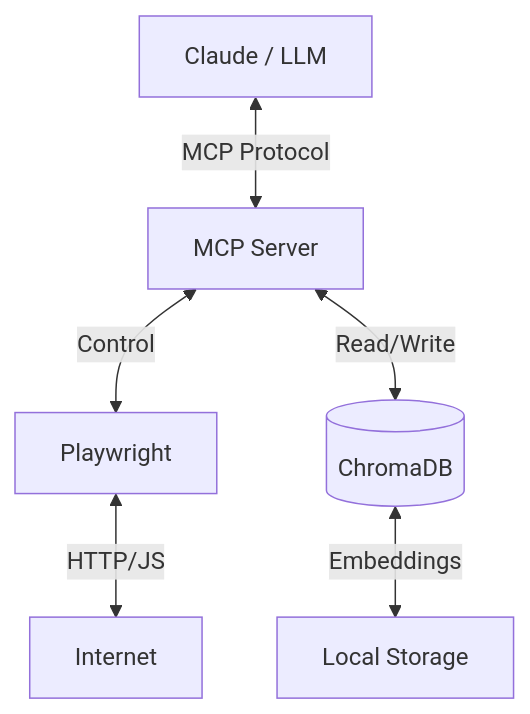
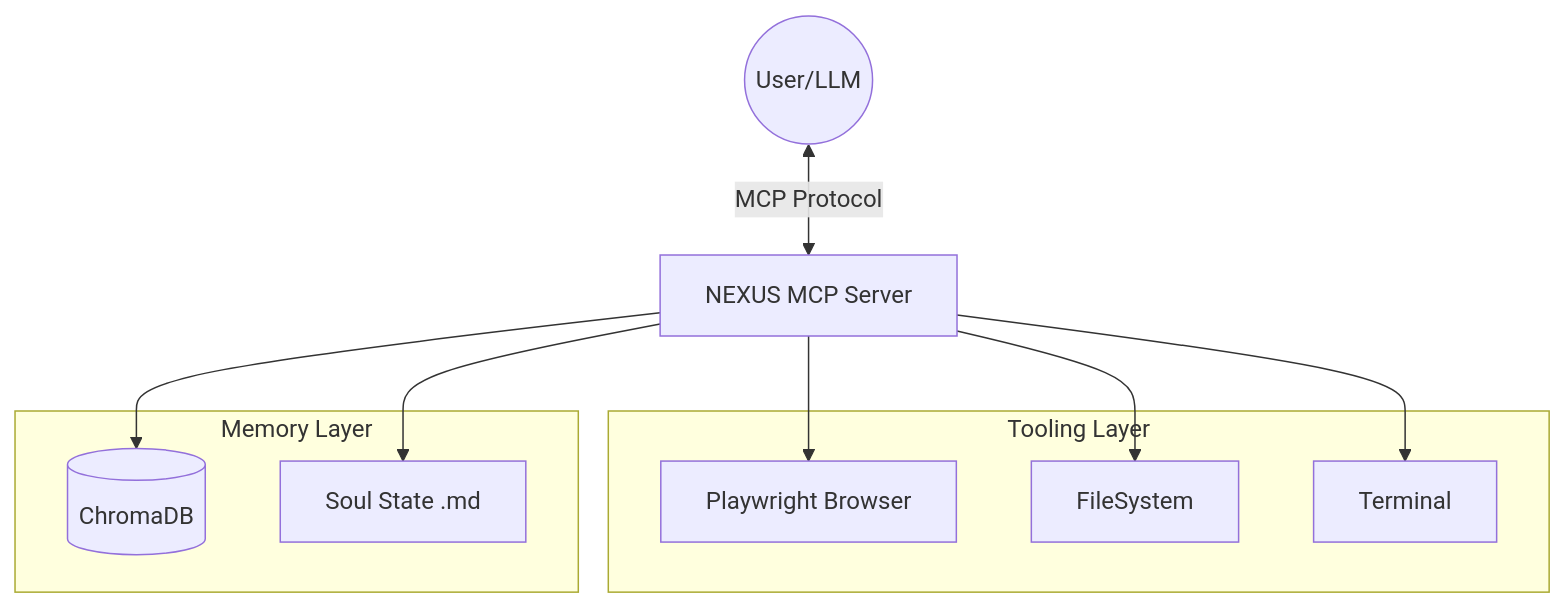
The diagram in README.md (Zeluix/MEGANX-NEXUS-CORE), drawn with Mermaid before and after one commit. The commit also changed other lines of this file and 10 other files, not shown here.

````diff
--- a/README.md
+++ b/README.md
@@ -34,8 +55,18 @@
 ```mermaid
 graph TD
-    LLM[Claude / LLM] <-->|MCP Protocol| Server[MCP Server]
-    Server <-->|Control| Browser[Playwright]
-    Browser <-->|HTTP/JS| Web[Internet]
-    Server <-->|Read/Write| DB[(ChromaDB)]
-    DB <-->|Embeddings| Disk[Local Storage]
+    User((User/LLM)) <-->|MCP Protocol| Server[NEXUS MCP Server]
+    
+    subgraph "Tooling Layer"
+        Browser[Playwright Browser]
+        FS[FileSystem]
+        Shell[Terminal]
+    end
+    
+    subgraph "Memory Layer"
+        VectorDB[(ChromaDB)]
+        StateFile[Soul State .md]
+    end
+    
+    Server --> Browser & FS & Shell
+    Server --> VectorDB & StateFile
 ```
````
